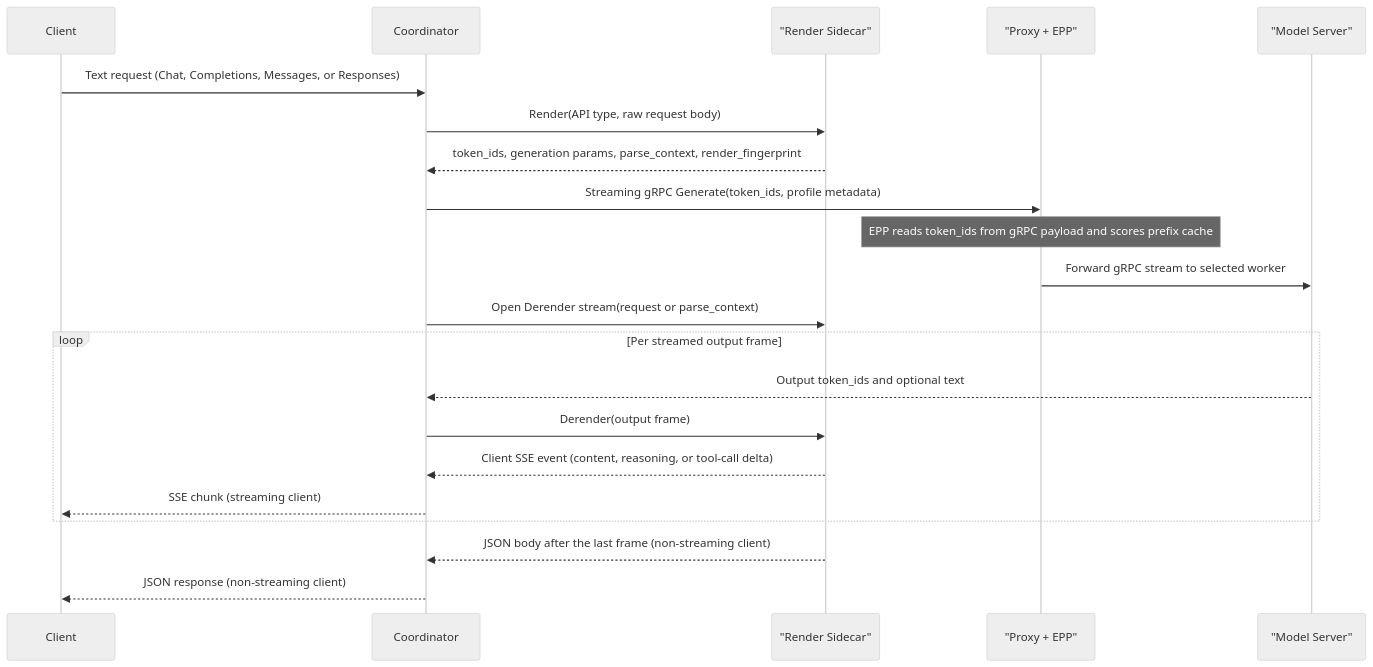
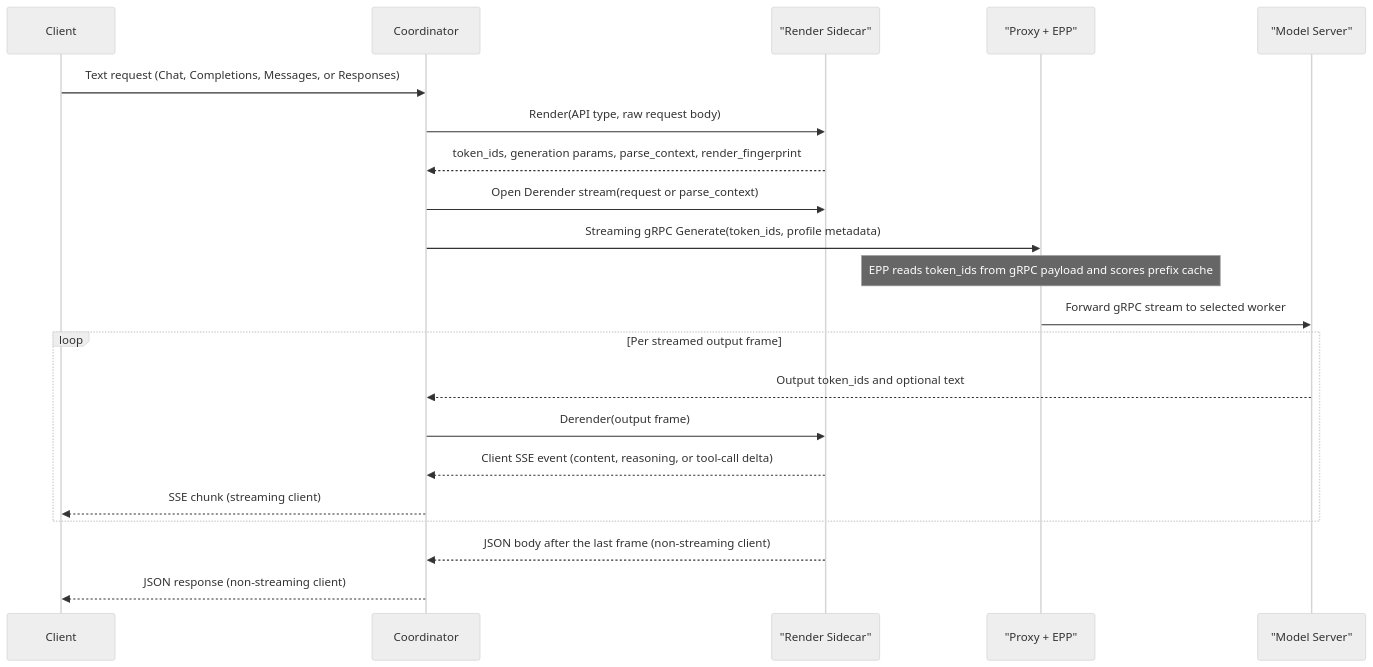
Before and after one commit to llm-d/llm-d-router: the first of 2 diagrams in docs/tokenize-once-at-ingress.md, drawn with Mermaid (neutral theme). The commit also changed other lines of this file, not shown here.

First line of the commit message:
docs: reject requests with unsupported Derender options in the tokenize-once proposal

````diff
--- a/docs/tokenize-once-at-ingress.md
+++ b/docs/tokenize-once-at-ingress.md
@@ -148,24 +150,24 @@
 ```mermaid
 sequenceDiagram
     participant C as Client
     participant Co as Coordinator
     participant R as "Render Sidecar"
     participant G as "Proxy + EPP"
     participant S as "Model Server"
 
     C->>Co: Text request (Chat, Completions, Messages, or Responses)
     Co->>R: Render(API type, raw request body)
     R-->>Co: token_ids, generation params, parse_context, render_fingerprint
+    Co->>R: Open Derender stream(request or parse_context)
     Co->>G: Streaming gRPC Generate(token_ids, profile metadata)
     Note over G: EPP reads token_ids from gRPC payload and scores prefix cache
     G->>S: Forward gRPC stream to selected worker
-    Co->>R: Open Derender stream(request or parse_context)
     loop Per streamed output frame
         S-->>Co: Output token_ids and optional text
         Co->>R: Derender(output frame)
         R-->>Co: Client SSE event (content, reasoning, or tool-call delta)
         Co-->>C: SSE chunk (streaming client)
     end
     R-->>Co: JSON body after the last frame (non-streaming client)
     Co-->>C: JSON response (non-streaming client)
 ```
````
